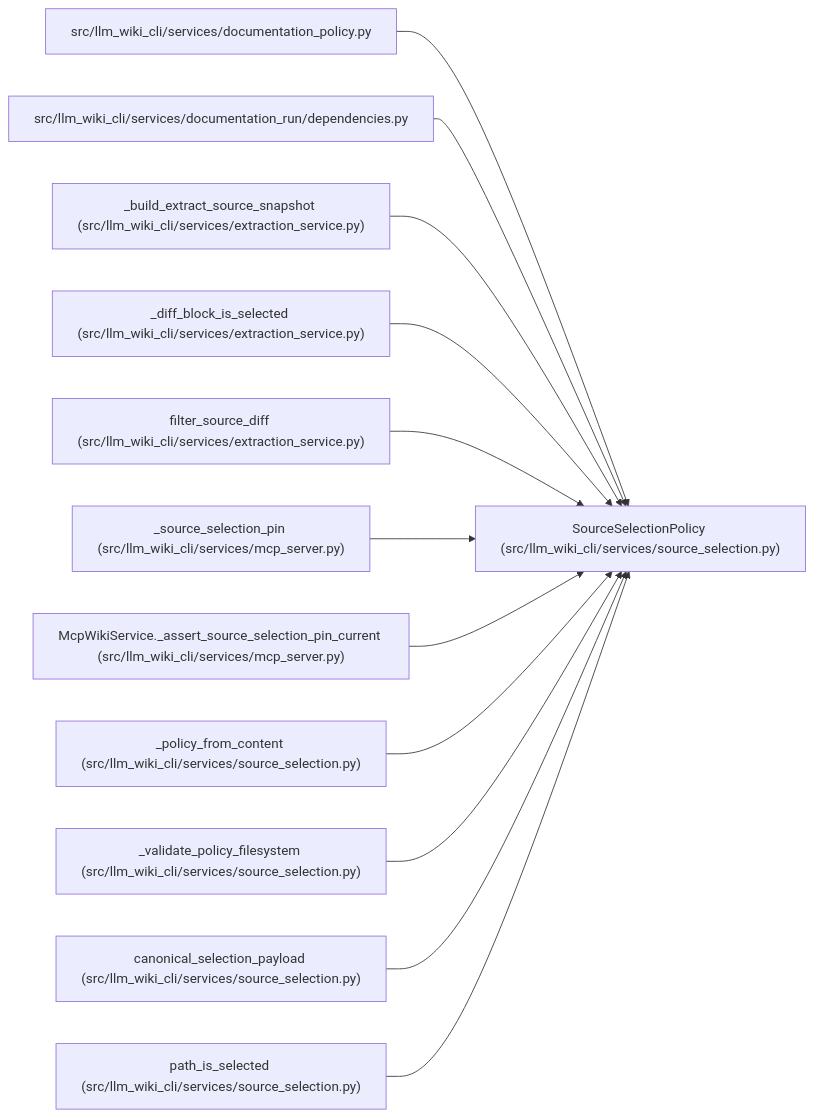
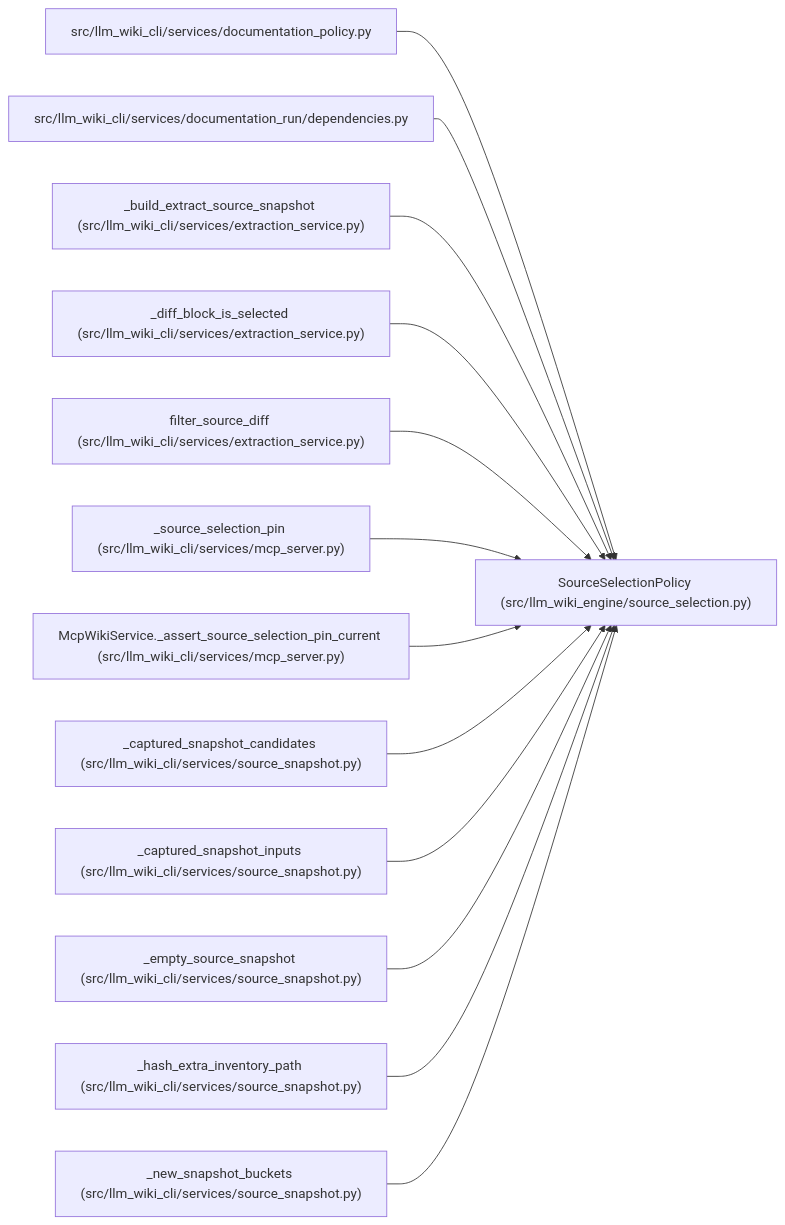
Before and after one commit to Denissvgn/python-wiki-llm: the diagram in docs/llm_wiki/entities/SourceSelectionPolicy.md, drawn with Mermaid. The commit also changed other lines of this file and 739 other files, not shown here.

First line of the commit message:
docs: refresh the wiki for the second engine batch

````diff
--- a/docs/llm_wiki/entities/SourceSelectionPolicy.md
+++ b/docs/llm_wiki/entities/SourceSelectionPolicy.md
@@ -37,38 +37,41 @@
 ```mermaid
 flowchart LR
-    n0["SourceSelectionPolicy (src/llm_wiki_cli/services/source_selection.py)"]
+    n0["SourceSelectionPolicy (src/llm_wiki_engine/source_selection.py)"]
     n1["src/llm_wiki_cli/services/documentation_policy.py"]
     n2["src/llm_wiki_cli/services/documentation_run/dependencies.py"]
     n3["_build_extract_source_snapshot (src/llm_wiki_cli/services/extraction_service.py)"]
     n4["_diff_block_is_selected (src/llm_wiki_cli/services/extraction_service.py)"]
     n5["filter_source_diff (src/llm_wiki_cli/services/extraction_service.py)"]
     n6["_source_selection_pin (src/llm_wiki_cli/services/mcp_server.py)"]
     n7["McpWikiService._assert_source_selection_pin_current (src/llm_wiki_cli/services/mcp_server.py)"]
-    n8["_policy_from_content (src/llm_wiki_cli/services/source_selection.py)"]
-    n9["_validate_policy_filesystem (src/llm_wiki_cli/services/source_selection.py)"]
-    n10["canonical_selection_payload (src/llm_wiki_cli/services/source_selection.py)"]
-    n11["path_is_selected (src/llm_wiki_cli/services/source_selection.py)"]
+    n8["_captured_snapshot_candidates (src/llm_wiki_cli/services/source_snapshot.py)"]
+    n9["_captured_snapshot_inputs (src/llm_wiki_cli/services/source_snapshot.py)"]
+    n10["_empty_source_snapshot (src/llm_wiki_cli/services/source_snapshot.py)"]
+    n11["_hash_extra_inventory_path (src/llm_wiki_cli/services/source_snapshot.py)"]
+    n12["_new_snapshot_buckets (src/llm_wiki_cli/services/source_snapshot.py)"]
     n1 --> n0
     n2 --> n0
     n3 --> n0
     n4 --> n0
     n5 --> n0
     n6 --> n0
     n7 --> n0
     n8 --> n0
     n9 --> n0
     n10 --> n0
     n11 --> n0
+    n12 --> n0
     click n0 "../modules/source_selection.md"
     click n1 "../modules/documentation_policy.md"
     click n2 "../modules/documentation_run_dependencies.md"
     click n3 "../modules/extraction_service.md"
     click n4 "../modules/extraction_service.md"
     click n5 "../modules/extraction_service.md"
     click n6 "../modules/mcp_server.md"
     click n7 "../modules/mcp_server.md"
-    click n8 "../modules/source_selection.md"
-    click n9 "../modules/source_selection.md"
-    click n10 "../modules/source_selection.md"
-    click n11 "../modules/source_selection.md"
+    click n8 "../modules/source_snapshot.md"
+    click n9 "../modules/source_snapshot.md"
+    click n10 "../modules/source_snapshot.md"
+    click n11 "../modules/source_snapshot.md"
+    click n12 "../modules/source_snapshot.md"
 ```
````
